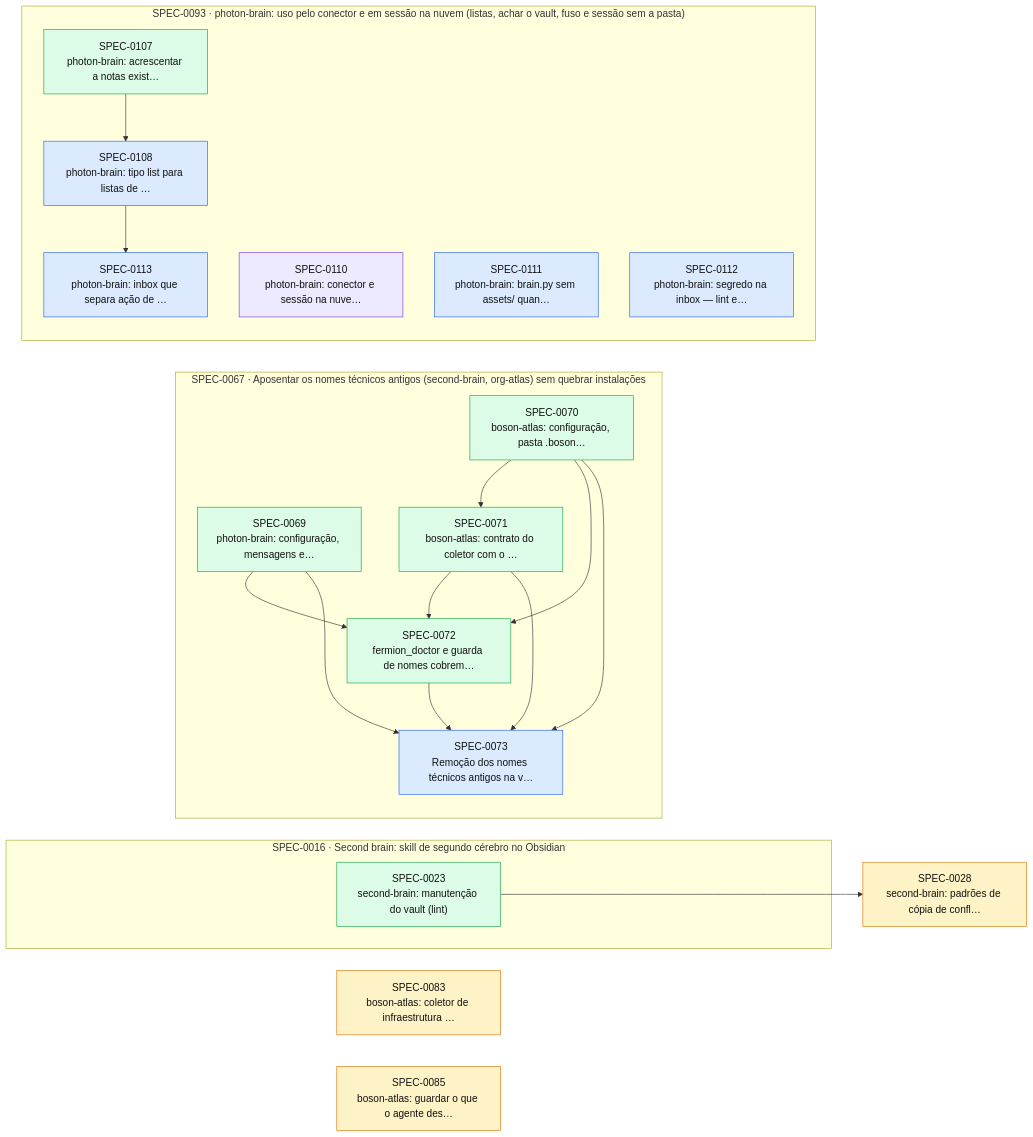
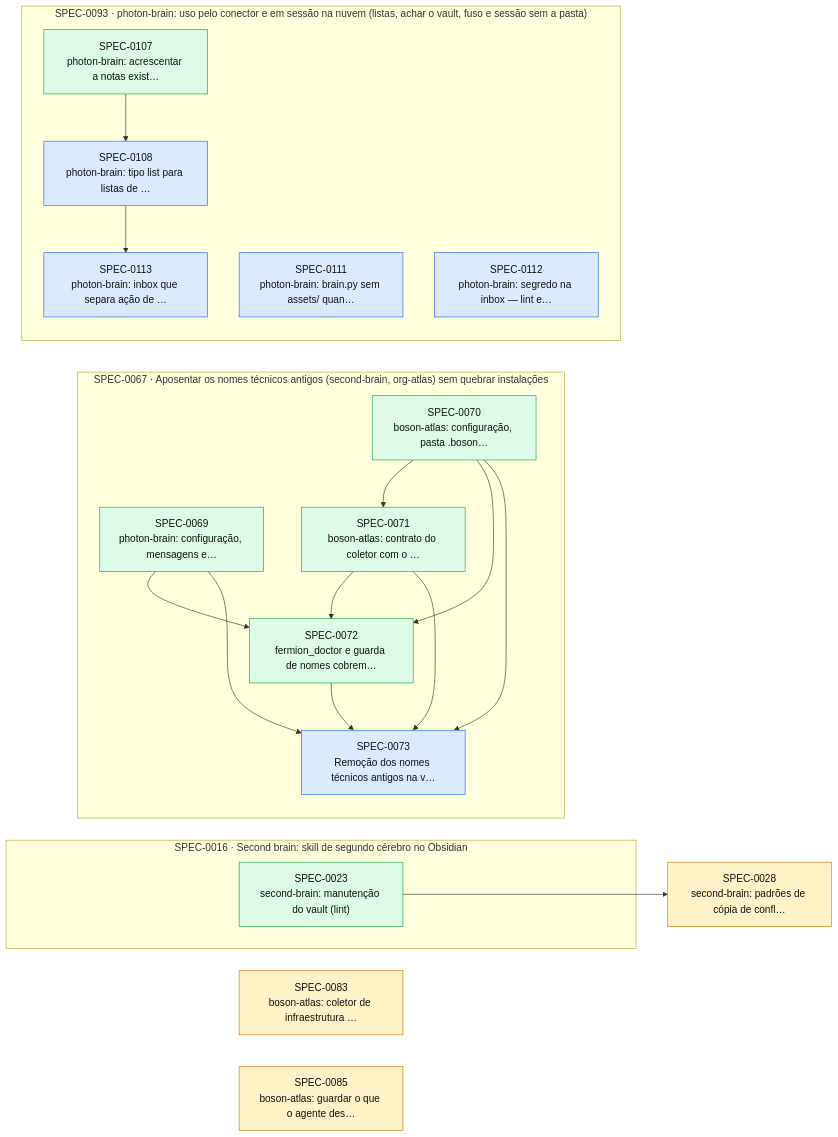
The diagram in docs/specs/INDEX.md (thomasravache/ai-dev-brain), drawn with Mermaid before and after one commit. The commit also changed other lines of this file and 1 other file, not shown here.

First line of the commit message:
docs(specs): G7 e fechamento da SPEC-0110

````diff
--- a/docs/specs/INDEX.md
+++ b/docs/specs/INDEX.md
@@ -70,40 +69,39 @@
 ```mermaid
 flowchart LR
   S0028["SPEC-0028<br/>second-brain: padrões de cópia de confl…"]:::proposed
   S0083["SPEC-0083<br/>boson-atlas: coletor de infraestrutura …"]:::proposed
   S0085["SPEC-0085<br/>boson-atlas: guardar o que o agente des…"]:::proposed
   subgraph E0016["SPEC-0016 · Second brain: skill de segundo cérebro no Obsidian"]
     S0023["SPEC-0023<br/>second-brain: manutenção do vault (lint)"]:::implemented
   end
   subgraph E0067["SPEC-0067 · Aposentar os nomes técnicos antigos (second-brain, org-atlas) sem quebrar instalações"]
     S0069["SPEC-0069<br/>photon-brain: configuração, mensagens e…"]:::implemented
     S0070["SPEC-0070<br/>boson-atlas: configuração, pasta .boson…"]:::implemented
     S0071["SPEC-0071<br/>boson-atlas: contrato do coletor com o …"]:::implemented
     S0072["SPEC-0072<br/>fermion_doctor e guarda de nomes cobrem…"]:::implemented
     S0073["SPEC-0073<br/>Remoção dos nomes técnicos antigos na v…"]:::approved
   end
   subgraph E0093["SPEC-0093 · photon-brain: uso pelo conector e em sessão na nuvem (listas, achar o vault, fuso e sessão sem a pasta)"]
     S0107["SPEC-0107<br/>photon-brain: acrescentar a notas exist…"]:::implemented
     S0108["SPEC-0108<br/>photon-brain: tipo list para listas de …"]:::approved
-    S0110["SPEC-0110<br/>photon-brain: conector e sessão na nuve…"]:::inprogress
     S0111["SPEC-0111<br/>photon-brain: brain.py sem assets/ quan…"]:::approved
     S0112["SPEC-0112<br/>photon-brain: segredo na inbox — lint e…"]:::approved
     S0113["SPEC-0113<br/>photon-brain: inbox que separa ação de …"]:::approved
   end
   S0023 --> S0028
   S0070 --> S0071
   S0069 --> S0072
   S0070 --> S0072
   S0071 --> S0072
   S0069 --> S0073
   S0070 --> S0073
   S0071 --> S0073
   S0072 --> S0073
   S0107 --> S0108
   S0108 --> S0113
   classDef proposed fill:#fef3c7,stroke:#d97706,color:#111
   classDef approved fill:#dbeafe,stroke:#2563eb,color:#111
   classDef inprogress fill:#ede9fe,stroke:#7c3aed,color:#111
   classDef implemented fill:#dcfce7,stroke:#16a34a,color:#111
   classDef deprecated fill:#f3f4f6,stroke:#9ca3af,color:#6b7280
 ```
````
